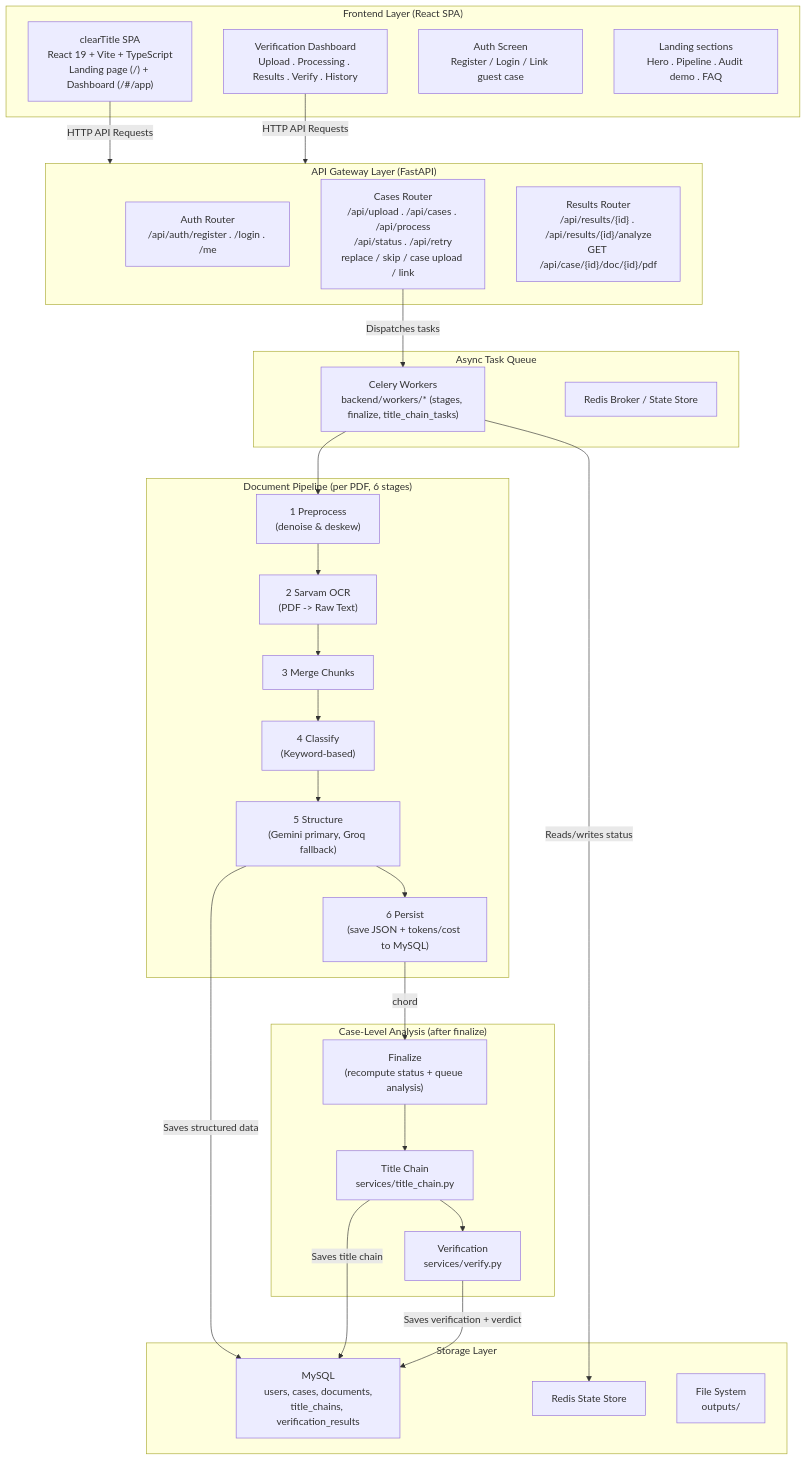
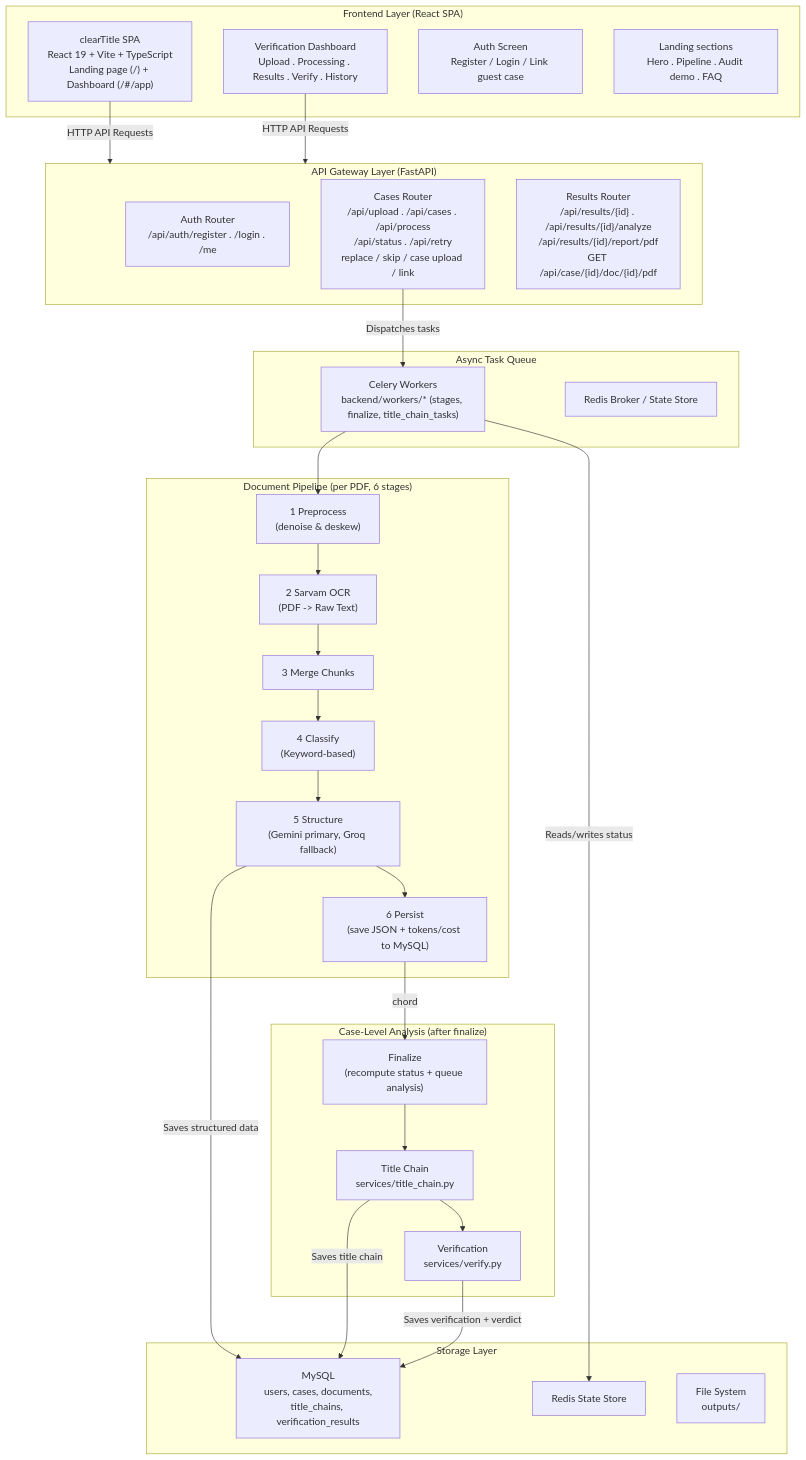
Before and after one commit to MyMane24/clearTitle: the diagram in README.md, drawn with Mermaid. The commit also changed other lines of this file, not shown here.

Commit message:
docs: update README with PDF report endpoint, report service, verification failure handling

````diff
--- a/README.md
+++ b/README.md
@@ -9,52 +9,52 @@
 ```mermaid
 flowchart TD
     subgraph Frontend["Frontend Layer (React SPA)"]
         UI["clearTitle SPA\nReact 19 + Vite + TypeScript\nLanding page (/) + Dashboard (/#/app)"]
         DASH["Verification Dashboard\nUpload . Processing . Results . Verify . History"]
         AUTH["Auth Screen\nRegister / Login / Link guest case"]
         HOME["Landing sections\nHero . Pipeline . Audit demo . FAQ"]
     end
 
     subgraph API["API Gateway Layer (FastAPI)"]
         R_AUTH["Auth Router\n/api/auth/register . /login . /me"]
         R_CASES["Cases Router\n/api/upload . /api/cases . /api/process\n/api/status . /api/retry\nreplace / skip / case upload / link"]
-        R_RESULTS["Results Router\n/api/results/{id} . /api/results/{id}/analyze\nGET /api/case/{id}/doc/{id}/pdf"]
+        R_RESULTS["Results Router\n/api/results/{id} . /api/results/{id}/analyze\n/api/results/{id}/report/pdf\nGET /api/case/{id}/doc/{id}/pdf"]
     end
 
     subgraph Orchestration["Async Task Queue"]
         CELERY["Celery Workers\nbackend/workers/* (stages, finalize, title_chain_tasks)"]
         REDIS_BROKER["Redis Broker / State Store"]
     end
 
     subgraph Pipeline["Document Pipeline (per PDF, 6 stages)"]
         PREPROC["1 Preprocess\n(denoise & deskew)"]
         OCR["2 Sarvam OCR\n(PDF -> Raw Text)"]
         MERGE["3 Merge Chunks"]
         CLASSIFY["4 Classify\n(Keyword-based)"]
         STRUCTURE["5 Structure\n(Gemini primary, Groq fallback)"]
         PERSIST["6 Persist\n(save JSON + tokens/cost to MySQL)"]
     end
 
     subgraph Analysis["Case-Level Analysis (after finalize)"]
         FINALIZE["Finalize\n(recompute status + queue analysis)"]
         TITLE["Title Chain\nservices/title_chain.py"]
         VERIFY["Verification\nservices/verify.py"]
     end
 
     subgraph Storage["Storage Layer"]
         MYSQL["MySQL\nusers, cases, documents,\ntitle_chains, verification_results"]
         REDIS["Redis State Store"]
         FS["File System\noutputs/"]
     end
 
     UI -->|"HTTP API Requests"| API
     DASH -->|"HTTP API Requests"| API
     R_CASES -->|"Dispatches tasks"| CELERY
     CELERY -->|"Reads/writes status"| REDIS
     CELERY --> PREPROC --> OCR --> MERGE --> CLASSIFY --> STRUCTURE --> PERSIST
     PERSIST -->|"chord"| FINALIZE
     FINALIZE --> TITLE --> VERIFY
     STRUCTURE -->|"Saves structured data"| MYSQL
     TITLE -->|"Saves title chain"| MYSQL
     VERIFY -->|"Saves verification + verdict"| MYSQL
 ```
````
